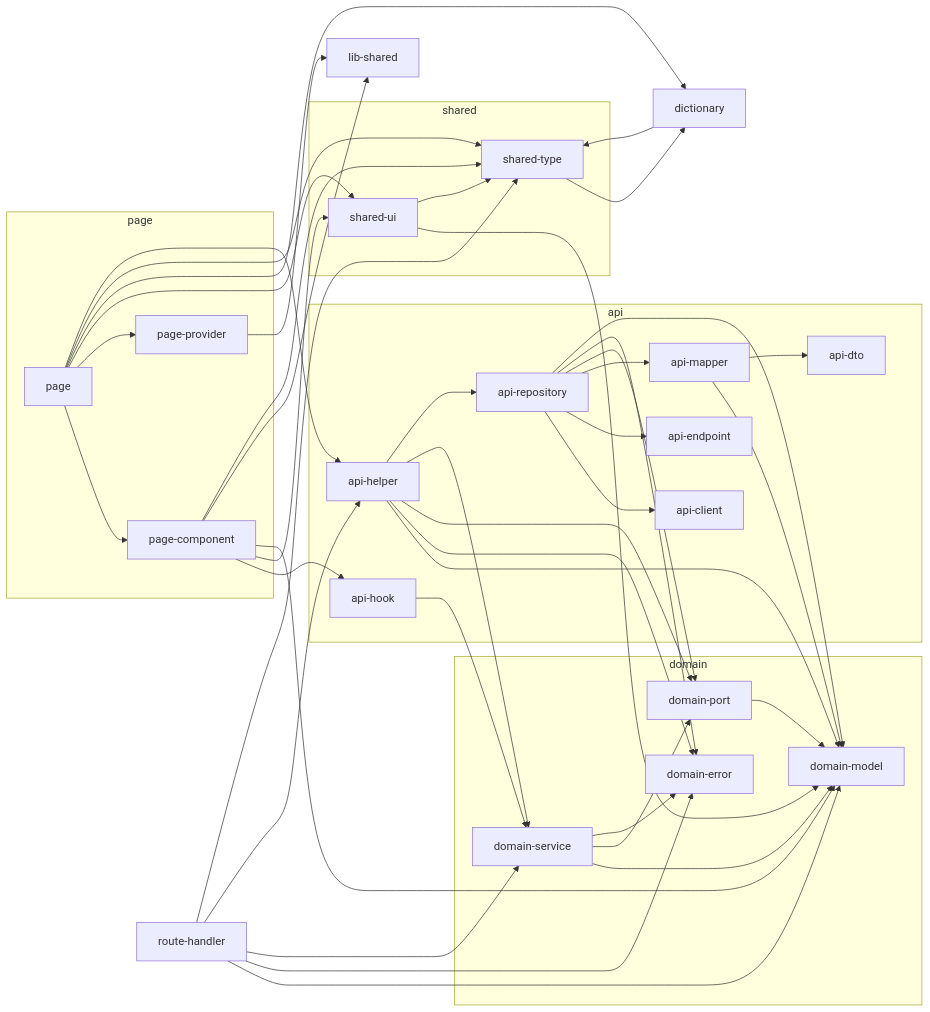
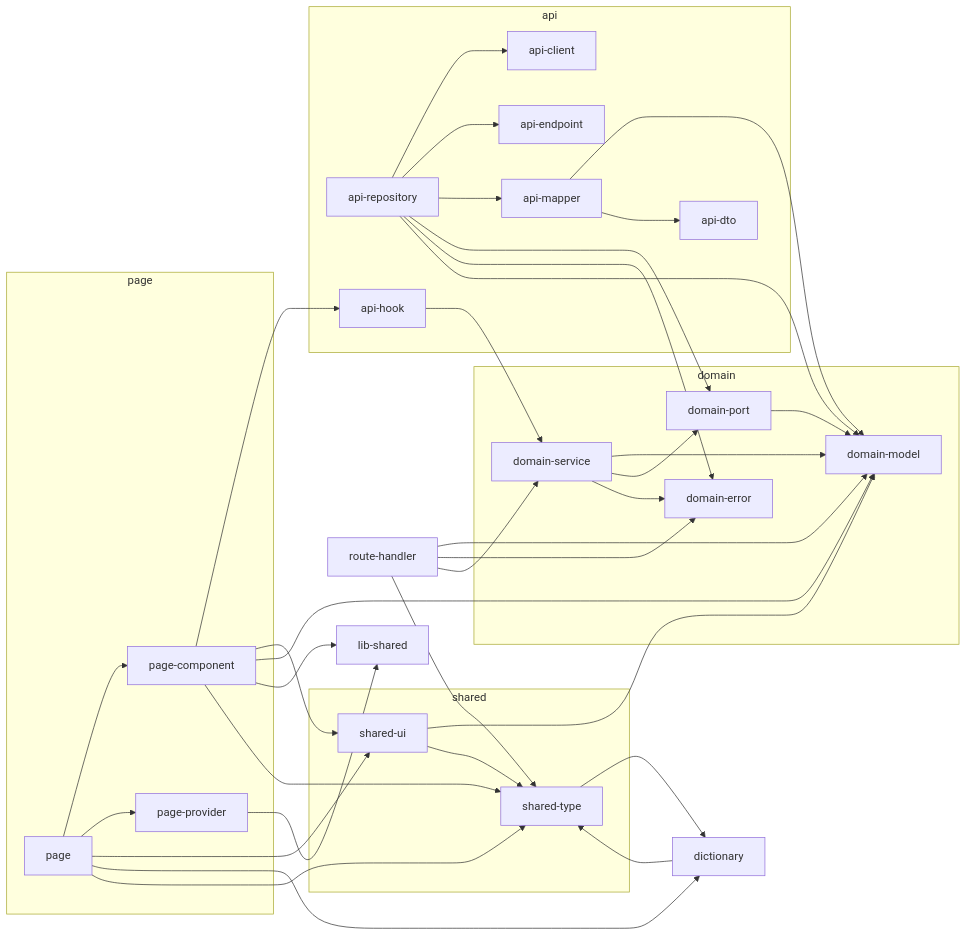
Before and after one commit to JosephNK/jkit-code-plugin: the diagram in rules/nextjs/base/lint-rules-reference.md, drawn with Mermaid. The commit also changed other lines of this file and 30 other files, not shown here.

````diff
--- a/rules/nextjs/base/lint-rules-reference.md
+++ b/rules/nextjs/base/lint-rules-reference.md
@@ -18,69 +19,61 @@
 ```mermaid
 graph LR
   subgraph g_domain [domain]
     domain_model["domain-model"]
     domain_error["domain-error"]
     domain_port["domain-port"]
     domain_service["domain-service"]
   end
   subgraph g_api [api]
     api_client["api-client"]
     api_endpoint["api-endpoint"]
     api_dto["api-dto"]
     api_mapper["api-mapper"]
     api_repository["api-repository"]
     api_hook["api-hook"]
-    api_helper["api-helper"]
   end
   subgraph g_shared [shared]
     shared_ui["shared-ui"]
     shared_type["shared-type"]
   end
   subgraph g_page [page]
     page_component["page-component"]
     page_provider["page-provider"]
     page["page"]
   end
   lib_shared["lib-shared"]
   dictionary["dictionary"]
   route_handler["route-handler"]
   domain_port --> domain_model
   domain_service --> domain_model
   domain_service --> domain_port
   domain_service --> domain_error
   api_mapper --> domain_model
   api_mapper --> api_dto
   api_repository --> api_client
   api_repository --> api_endpoint
   api_repository --> api_mapper
   api_repository --> domain_port
   api_repository --> domain_error
   api_repository --> domain_model
   api_hook --> domain_service
-  api_helper --> domain_model
-  api_helper --> domain_error
-  api_helper --> domain_port
-  api_helper --> domain_service
-  api_helper --> api_repository
   shared_ui --> domain_model
   shared_ui --> shared_type
   page_component --> api_hook
   page_component --> shared_ui
   page_component --> domain_model
   page_component --> lib_shared
   page_component --> shared_type
   page_provider --> lib_shared
   dictionary --> shared_type
   shared_type --> dictionary
   route_handler --> domain_model
   route_handler --> domain_error
   route_handler --> domain_service
-  route_handler --> api_helper
   route_handler --> shared_type
   page --> page_component
   page --> page_provider
   page --> shared_ui
   page --> dictionary
   page --> shared_type
-  page --> api_helper
 ```
````
